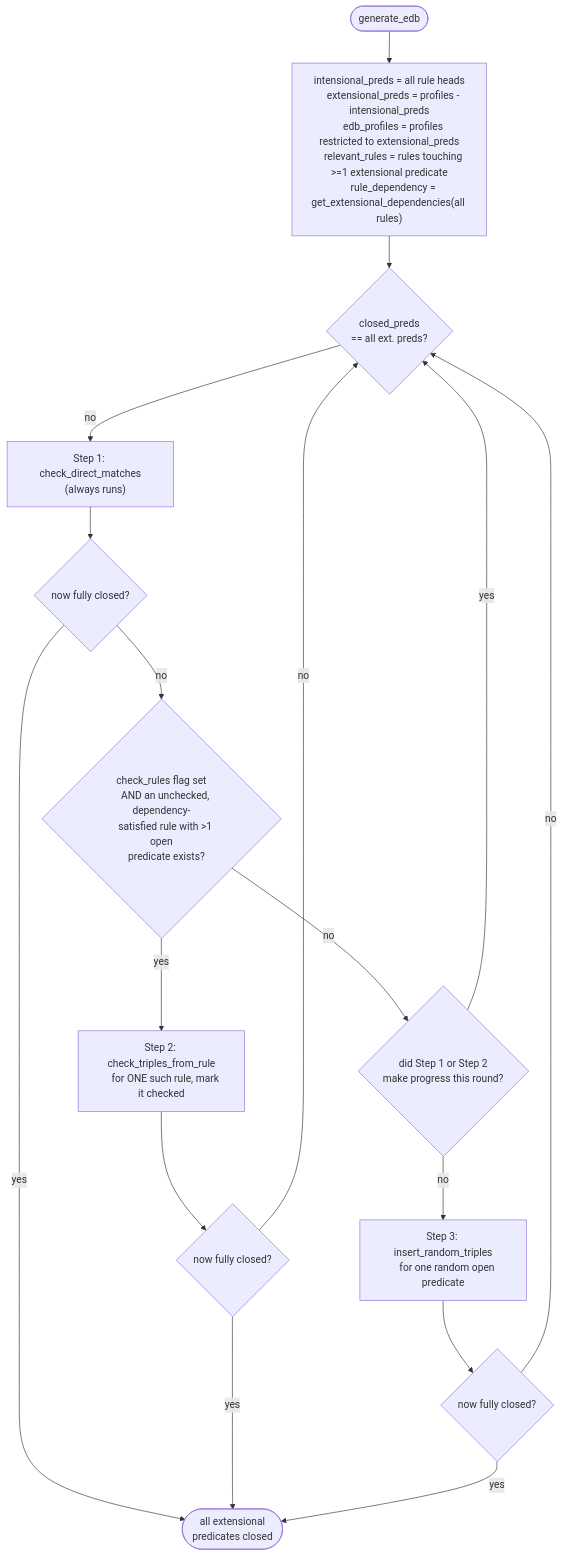
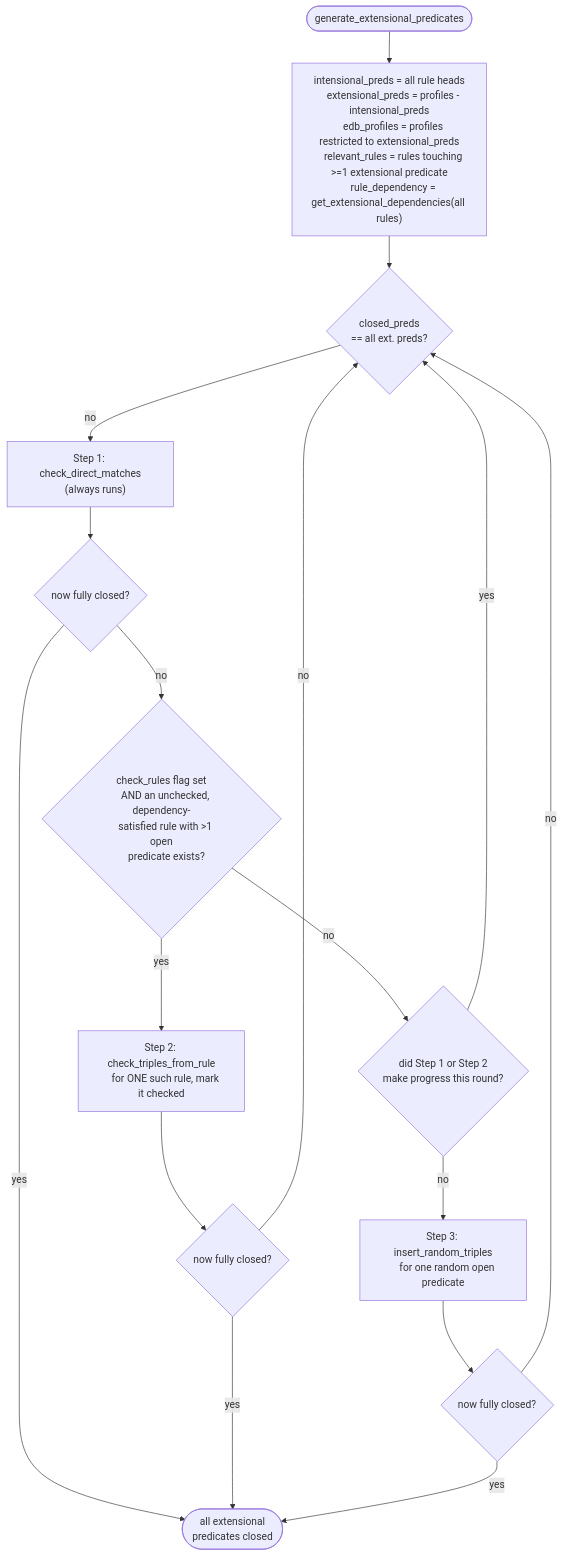
The diagram in docs/edb-generation.md (DavidGomez00/synthetic-knowledge-graph-generator), drawn with Mermaid before and after one commit. The commit also changed other lines of this file and 9 other files, not shown here.

````diff
--- a/docs/edb-generation.md
+++ b/docs/edb-generation.md
@@ -80,33 +80,33 @@
 ```mermaid
 flowchart TD
-    START(["generate_edb"]) --> INIT["intensional_preds = all rule heads
+    START(["generate_extensional_predicates"]) --> INIT["intensional_preds = all rule heads
     extensional_preds = profiles - intensional_preds
     edb_profiles = profiles restricted to extensional_preds
     relevant_rules = rules touching >=1 extensional predicate
     rule_dependency = get_extensional_dependencies(all rules)"]
     INIT --> LOOP{"closed_preds
     == all ext. preds?"}
     LOOP -- no --> S1["Step 1: check_direct_matches
     (always runs)"]
     S1 --> C1{now fully closed?}
     C1 -- yes --> DONE
     C1 -- no --> S2CHECK{"check_rules flag set
     AND an unchecked, dependency-
     satisfied rule with >1 open
     predicate exists?"}
     S2CHECK -- yes --> S2["Step 2: check_triples_from_rule
     for ONE such rule, mark it checked"]
     S2 --> C2{now fully closed?}
     C2 -- yes --> DONE
     C2 -- no --> LOOP
     S2CHECK -- no --> S3PROG{"did Step 1 or Step 2
     make progress this round?"}
     S3PROG -- yes --> LOOP
     S3PROG -- no --> S3["Step 3: insert_random_triples
     for one random open predicate"]
     S3 --> C3{now fully closed?}
     C3 -- yes --> DONE
     C3 -- no --> LOOP
     DONE(["all extensional
     predicates closed"])
 ```
````
